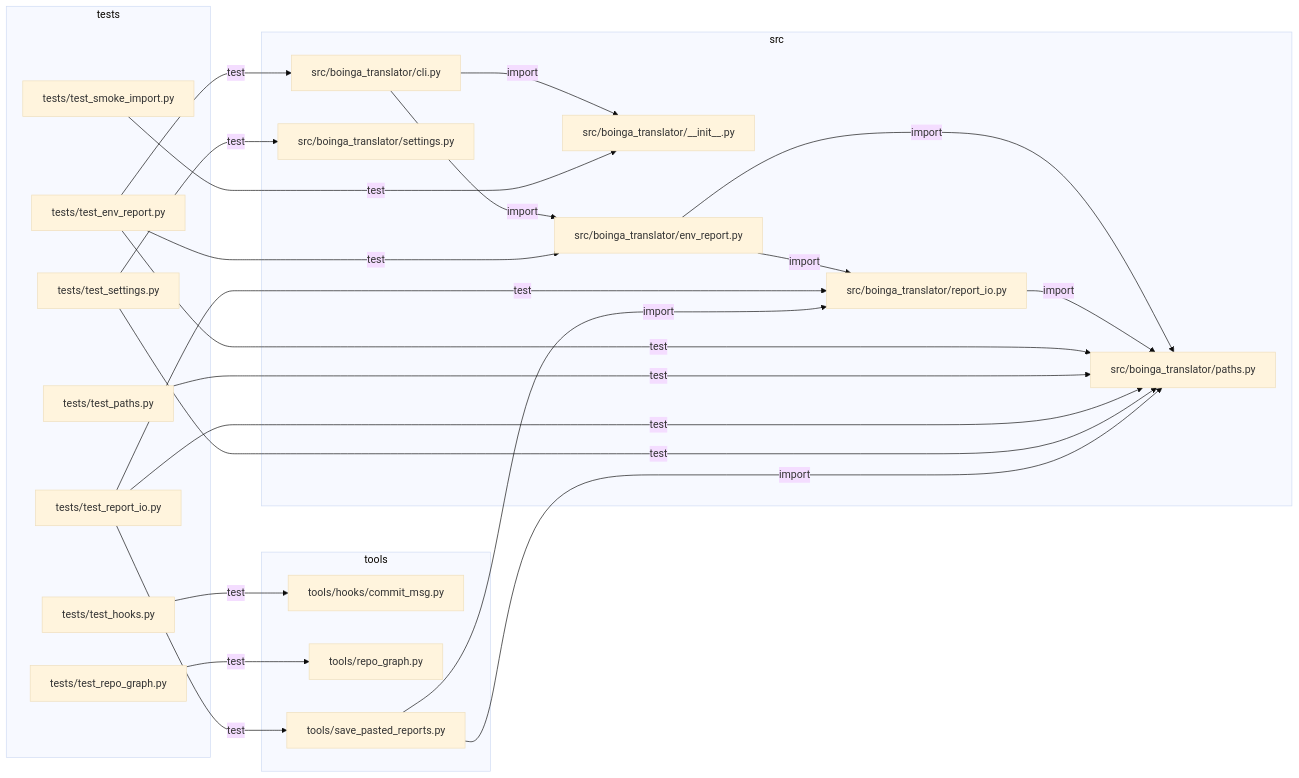
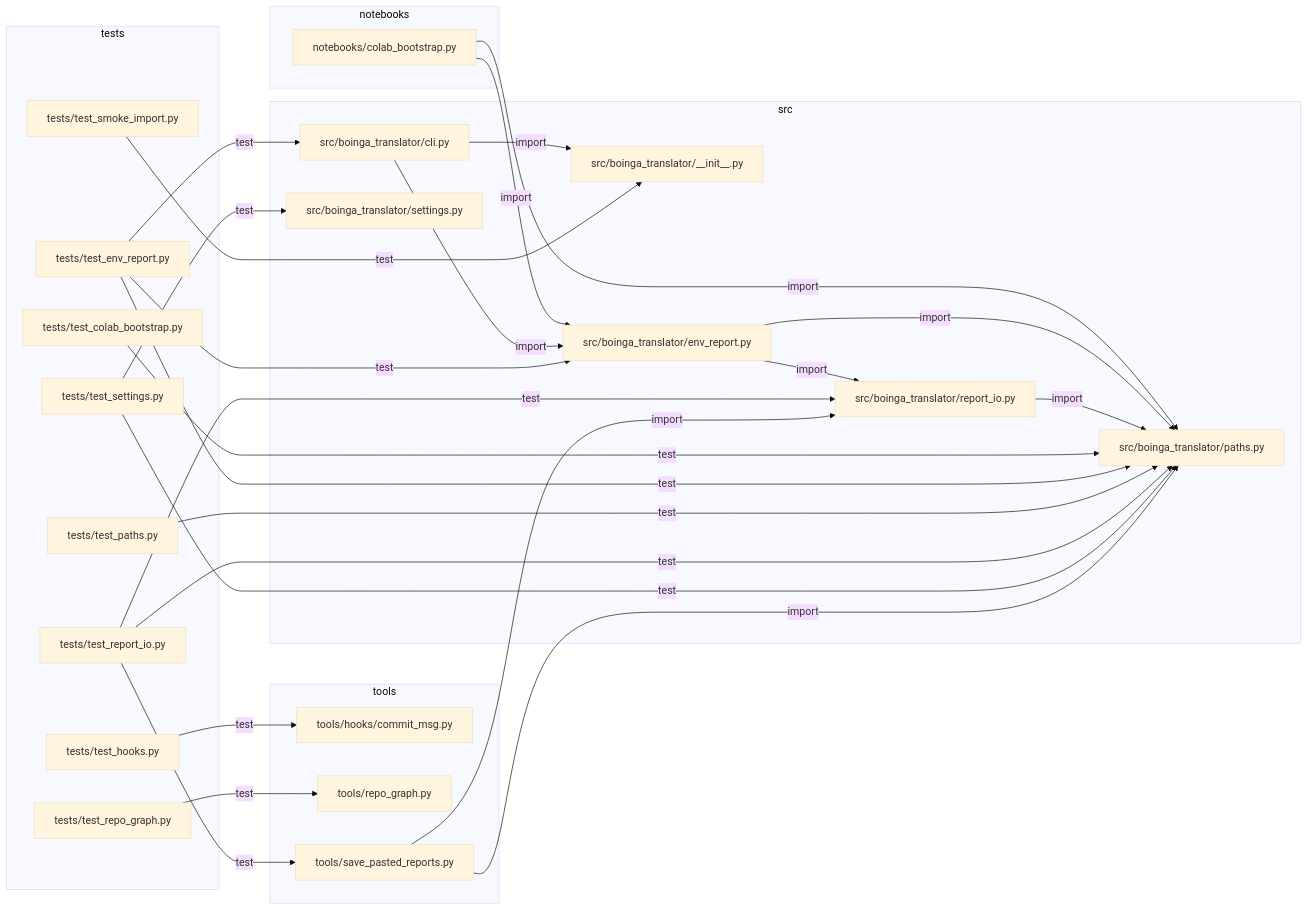
Before and after one commit to asparagusD/boinga-translator: the diagram in docs/REPO_GRAPH.md, drawn with Mermaid (base theme). The commit also changed other lines of this file and 6 other files, not shown here.

````diff
--- a/docs/REPO_GRAPH.md
+++ b/docs/REPO_GRAPH.md
@@ -62,44 +65,51 @@
 ```mermaid
 graph LR
+  subgraph sg_notebooks["notebooks"]
+    n_notebooks_colab_bootstrap_py["notebooks/colab_bootstrap.py"]
+  end
   subgraph sg_src["src"]
     n_src_boinga_translator___init___py["src/boinga_translator/__init__.py"]
     n_src_boinga_translator_cli_py["src/boinga_translator/cli.py"]
     n_src_boinga_translator_env_report_py["src/boinga_translator/env_report.py"]
     n_src_boinga_translator_paths_py["src/boinga_translator/paths.py"]
     n_src_boinga_translator_report_io_py["src/boinga_translator/report_io.py"]
     n_src_boinga_translator_settings_py["src/boinga_translator/settings.py"]
   end
   subgraph sg_tests["tests"]
+    n_tests_test_colab_bootstrap_py["tests/test_colab_bootstrap.py"]
     n_tests_test_env_report_py["tests/test_env_report.py"]
     n_tests_test_hooks_py["tests/test_hooks.py"]
     n_tests_test_paths_py["tests/test_paths.py"]
     n_tests_test_repo_graph_py["tests/test_repo_graph.py"]
     n_tests_test_report_io_py["tests/test_report_io.py"]
     n_tests_test_settings_py["tests/test_settings.py"]
     n_tests_test_smoke_import_py["tests/test_smoke_import.py"]
   end
   subgraph sg_tools["tools"]
     n_tools_hooks_commit_msg_py["tools/hooks/commit_msg.py"]
     n_tools_repo_graph_py["tools/repo_graph.py"]
     n_tools_save_pasted_reports_py["tools/save_pasted_reports.py"]
   end
+  n_notebooks_colab_bootstrap_py -->|import| n_src_boinga_translator_env_report_py
+  n_notebooks_colab_bootstrap_py -->|import| n_src_boinga_translator_paths_py
   n_src_boinga_translator_cli_py -->|import| n_src_boinga_translator___init___py
   n_src_boinga_translator_cli_py -->|import| n_src_boinga_translator_env_report_py
   n_src_boinga_translator_env_report_py -->|import| n_src_boinga_translator_paths_py
   n_src_boinga_translator_env_report_py -->|import| n_src_boinga_translator_report_io_py
   n_src_boinga_translator_report_io_py -->|import| n_src_boinga_translator_paths_py
+  n_tests_test_colab_bootstrap_py -->|test| n_src_boinga_translator_paths_py
   n_tests_test_env_report_py -->|test| n_src_boinga_translator_cli_py
   n_tests_test_env_report_py -->|test| n_src_boinga_translator_env_report_py
   n_tests_test_env_report_py -->|test| n_src_boinga_translator_paths_py
   n_tests_test_hooks_py -->|test| n_tools_hooks_commit_msg_py
   n_tests_test_paths_py -->|test| n_src_boinga_translator_paths_py
   n_tests_test_repo_graph_py -->|test| n_tools_repo_graph_py
   n_tests_test_report_io_py -->|test| n_src_boinga_translator_paths_py
   n_tests_test_report_io_py -->|test| n_src_boinga_translator_report_io_py
   n_tests_test_report_io_py -->|test| n_tools_save_pasted_reports_py
   n_tests_test_settings_py -->|test| n_src_boinga_translator_paths_py
   n_tests_test_settings_py -->|test| n_src_boinga_translator_settings_py
   n_tests_test_smoke_import_py -->|test| n_src_boinga_translator___init___py
   n_tools_save_pasted_reports_py -->|import| n_src_boinga_translator_paths_py
   n_tools_save_pasted_reports_py -->|import| n_src_boinga_translator_report_io_py
 ```
````
